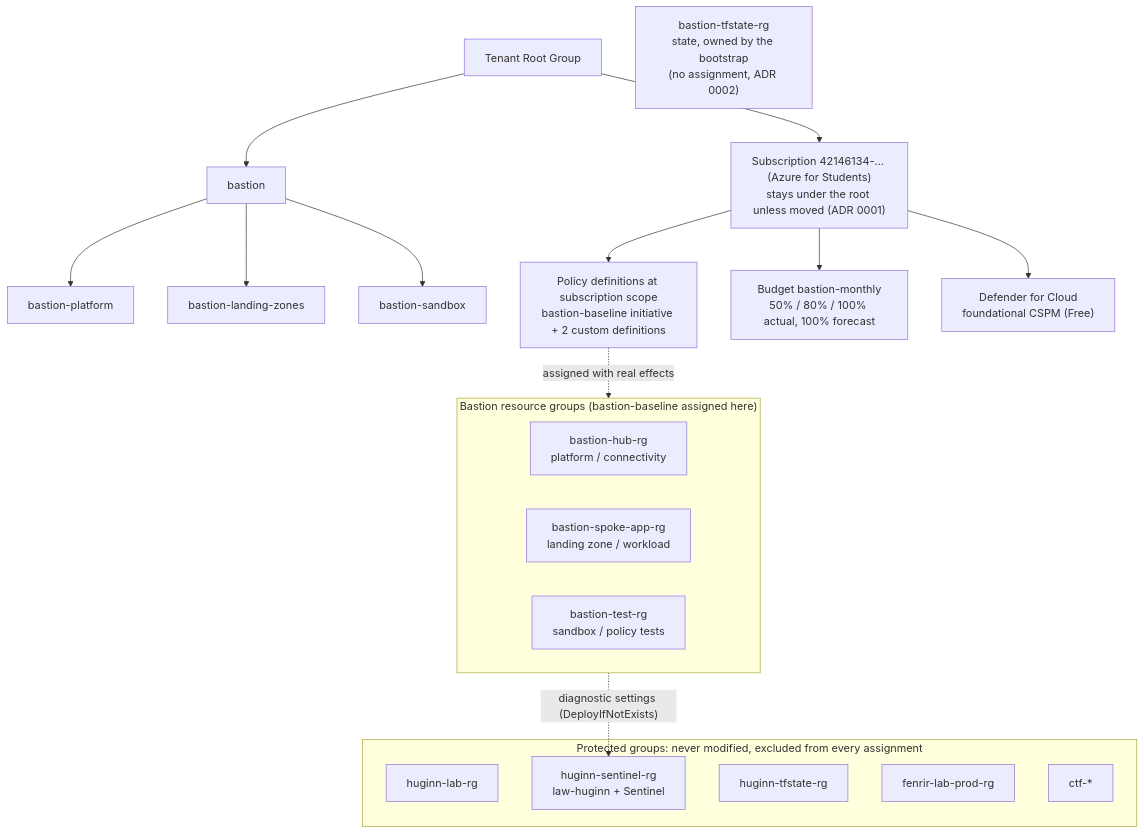
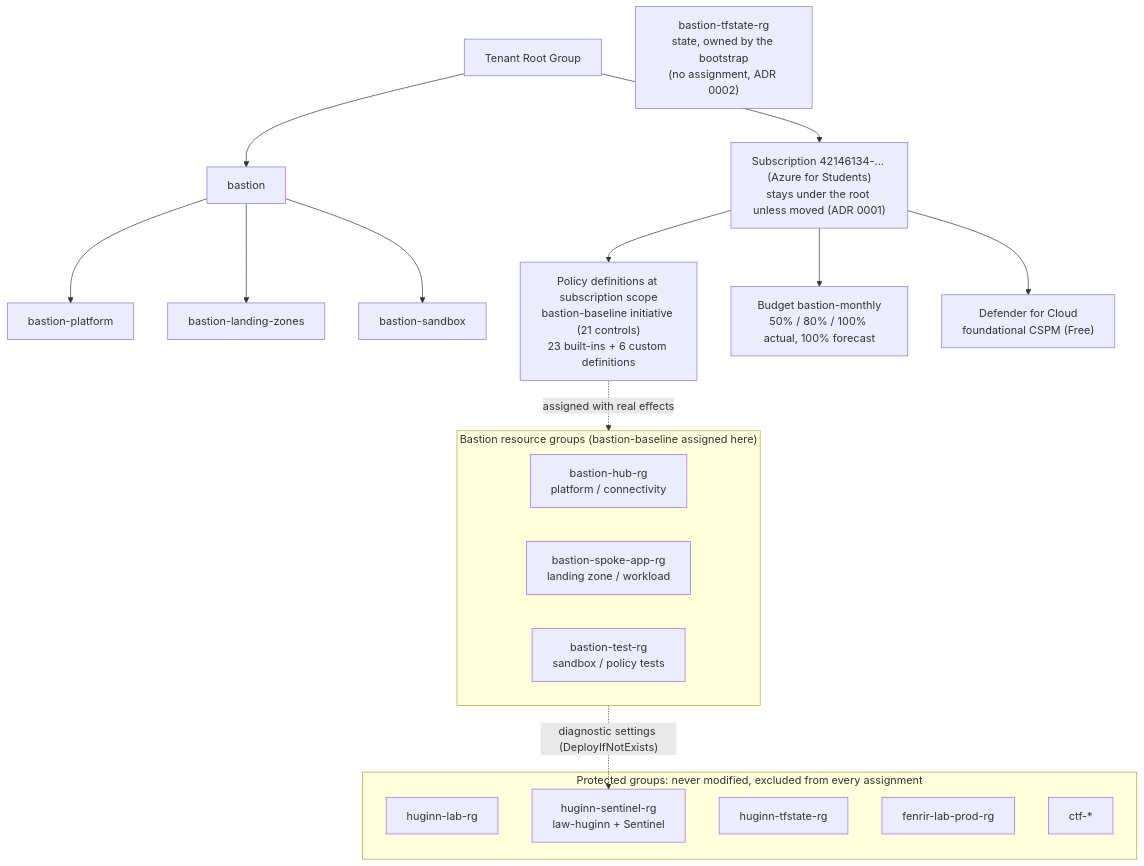
One commit to MarwenOnGit/Bastion changed the first of 3 diagrams in docs/ARCHITECTURE.md. Above: the diagram before and after it, drawn with Mermaid. The commit also changed other lines of this file and 7 other files, not shown here.

````diff
--- a/docs/ARCHITECTURE.md
+++ b/docs/ARCHITECTURE.md
@@ -8,31 +8,31 @@
 ```mermaid
 flowchart TB
   root["Tenant Root Group"]
   root --> mg["bastion"]
   mg --> plat["bastion-platform"]
   mg --> lz["bastion-landing-zones"]
   mg --> sb["bastion-sandbox"]
   root --> sub["Subscription 42146134-... (Azure for Students)<br/>stays under the root unless moved (ADR 0001)"]
 
-  sub --> defs["Policy definitions at subscription scope<br/>bastion-baseline initiative + 2 custom definitions"]
+  sub --> defs["Policy definitions at subscription scope<br/>bastion-baseline initiative (21 controls)<br/>23 built-ins + 6 custom definitions"]
   sub --> budget["Budget bastion-monthly<br/>50% / 80% / 100% actual, 100% forecast"]
   sub --> cspm["Defender for Cloud<br/>foundational CSPM (Free)"]
 
   subgraph bastion_rgs["Bastion resource groups (bastion-baseline assigned here)"]
     hub["bastion-hub-rg<br/>platform / connectivity"]
     spoke["bastion-spoke-app-rg<br/>landing zone / workload"]
     test["bastion-test-rg<br/>sandbox / policy tests"]
   end
   state["bastion-tfstate-rg<br/>state, owned by the bootstrap<br/>(no assignment, ADR 0002)"]
 
   subgraph protected["Protected groups: never modified, excluded from every assignment"]
     h1["huginn-lab-rg"]
     h2["huginn-sentinel-rg<br/>law-huginn + Sentinel"]
     h3["huginn-tfstate-rg"]
     f1["fenrir-lab-prod-rg"]
     c1["ctf-*"]
   end
 
   defs -. "assigned with real effects" .-> bastion_rgs
   bastion_rgs -. "diagnostic settings (DeployIfNotExists)" .-> h2
 ```
````
